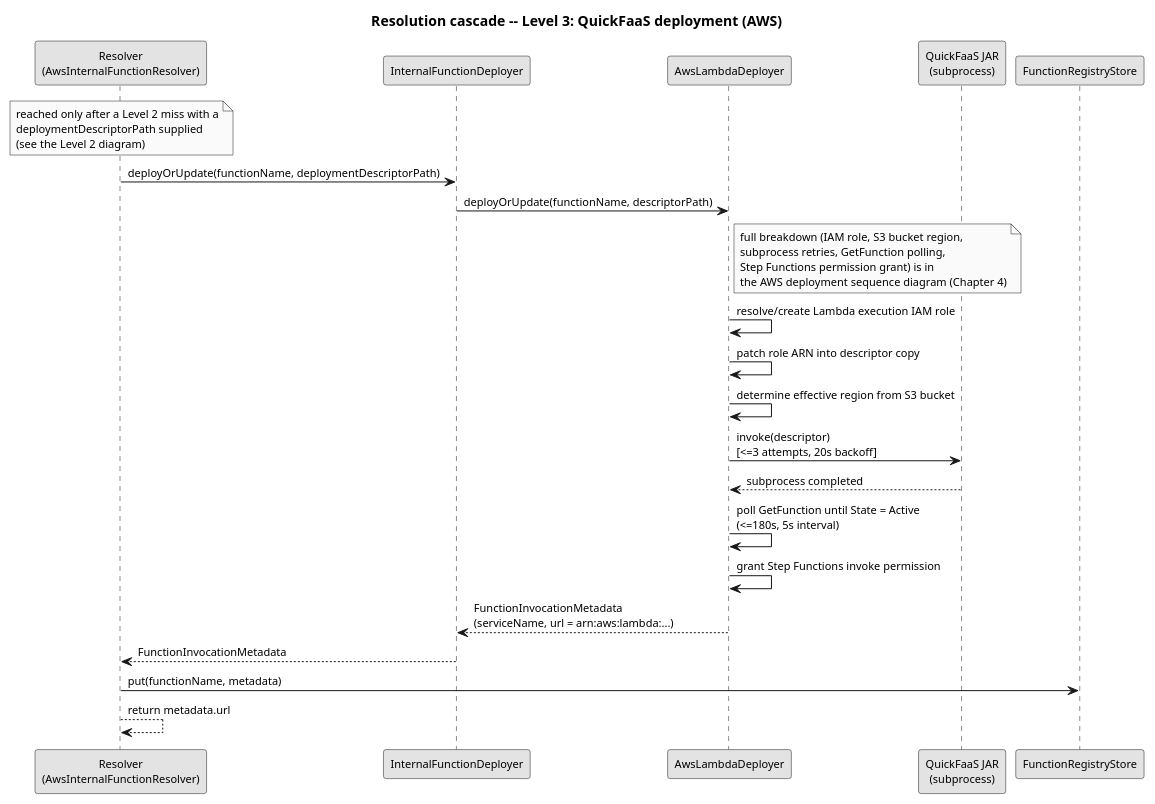
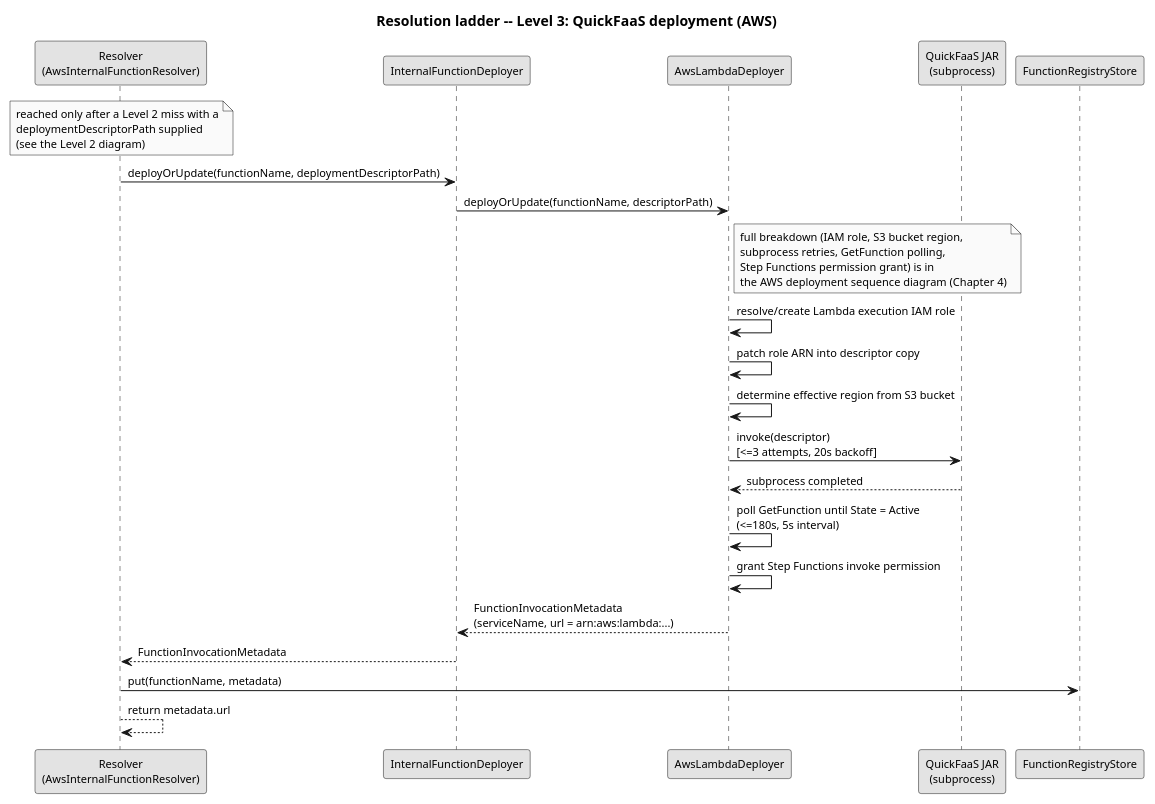
The diagram in diagrams/resolution-cascade-level3-aws.puml (EngenheiroPedroCarvalho/ISEL-Thesis-2526), drawn with PlantUML before and after one commit. The commit also changed 40 other files, not shown here.

```diff
--- a/diagrams/resolution-cascade-level3-aws.puml
+++ b/diagrams/resolution-cascade-level3-aws.puml
@@ -1,39 +1,39 @@
 @startuml resolution-cascade-level3-aws
 skinparam monochrome true
 skinparam shadowing false
 skinparam defaultFontSize 11
-title Resolution cascade -- Level 3: QuickFaaS deployment (AWS)
+title Resolution ladder -- Level 3: QuickFaaS deployment (AWS)
 
 participant "Resolver\n(AwsInternalFunctionResolver)" as R
 participant "InternalFunctionDeployer" as D
 participant "AwsLambdaDeployer" as ALD
 participant "QuickFaaS JAR\n(subprocess)" as QF
 participant "FunctionRegistryStore" as REG
 
 note over R
   reached only after a Level 2 miss with a
   deploymentDescriptorPath supplied
   (see the Level 2 diagram)
 end note
 
 R -> D : deployOrUpdate(functionName, deploymentDescriptorPath)
 D -> ALD : deployOrUpdate(functionName, descriptorPath)
 note right of ALD
   full breakdown (IAM role, S3 bucket region,
   subprocess retries, GetFunction polling,
   Step Functions permission grant) is in
   the AWS deployment sequence diagram (Chapter 4)
 end note
 ALD -> ALD : resolve/create Lambda execution IAM role
 ALD -> ALD : patch role ARN into descriptor copy
 ALD -> ALD : determine effective region from S3 bucket
 ALD -> QF : invoke(descriptor)\n[<=3 attempts, 20s backoff]
 QF --> ALD : subprocess completed
 ALD -> ALD : poll GetFunction until State = Active\n(<=180s, 5s interval)
 ALD -> ALD : grant Step Functions invoke permission
 ALD --> D : FunctionInvocationMetadata\n(serviceName, url = arn:aws:lambda:...)
 
 D --> R : FunctionInvocationMetadata
 R -> REG : put(functionName, metadata)
 R --> R : return metadata.url
 @enduml
```
